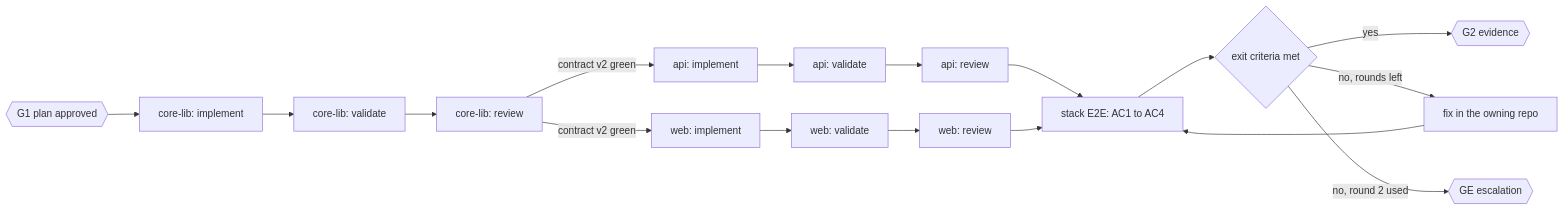
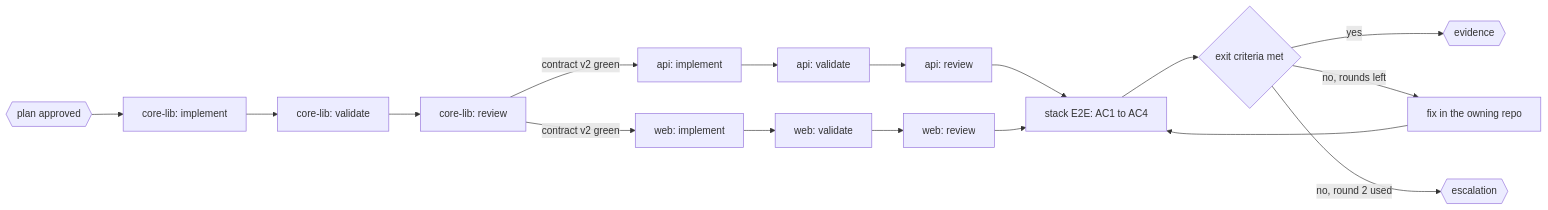
One commit to cobekarhoff/ark changed the diagram in docs/prd.md. Above: the diagram before and after it, drawn with Mermaid. The commit also changed other lines of this file and 67 other files, not shown here.

````diff
--- a/docs/prd.md
+++ b/docs/prd.md
@@ -573,16 +584,16 @@
 ```mermaid
 flowchart LR
-  G1{{G1 plan approved}} --> L1[core-lib: implement]
+  plan{{plan approved}} --> L1[core-lib: implement]
   L1 --> L2[core-lib: validate] --> L3[core-lib: review]
   L3 -->|contract v2 green| A1[api: implement]
   L3 -->|contract v2 green| W1[web: implement]
   A1 --> A2[api: validate] --> A3[api: review]
   W1 --> W2[web: validate] --> W3[web: review]
   A3 --> E[stack E2E: AC1 to AC4]
   W3 --> E
   E --> J{exit criteria met}
-  J -->|yes| G2{{G2 evidence}}
+  J -->|yes| evidence{{evidence}}
   J -->|no, rounds left| F[fix in the owning repo]
   F --> E
-  J -->|no, round 2 used| GE{{GE escalation}}
+  J -->|no, round 2 used| escalation{{escalation}}
 ```
````
